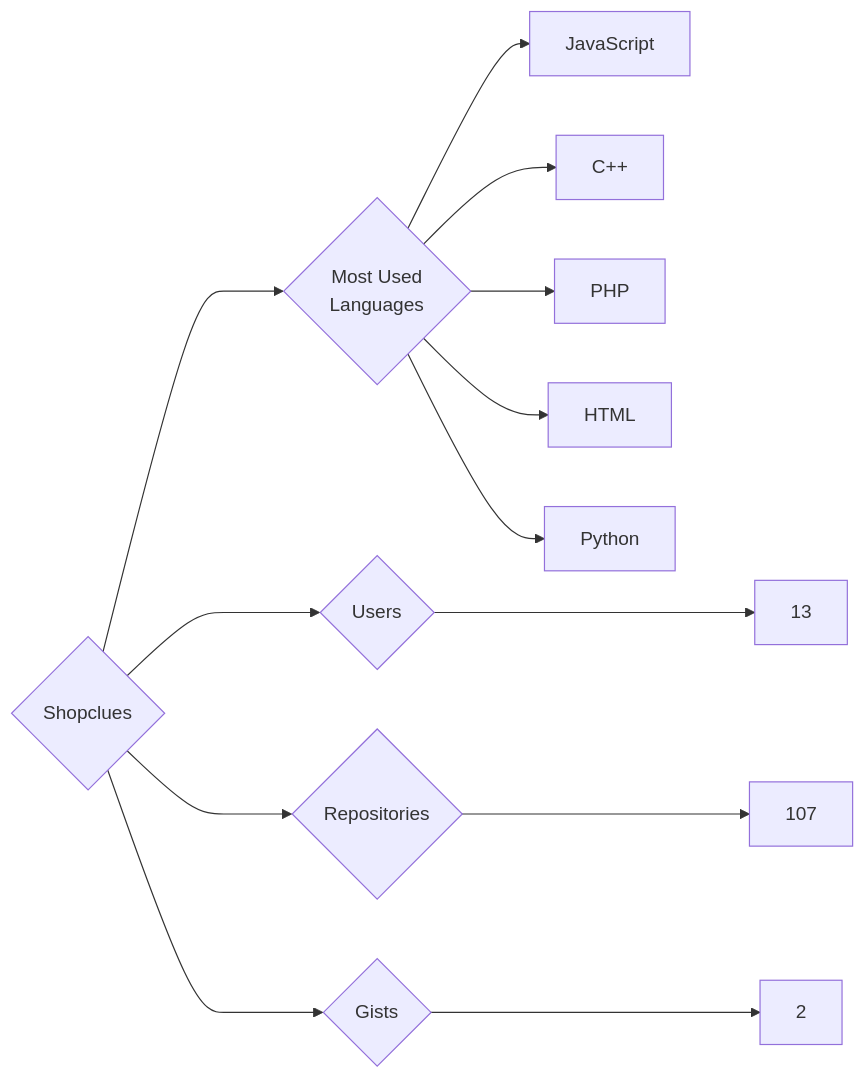
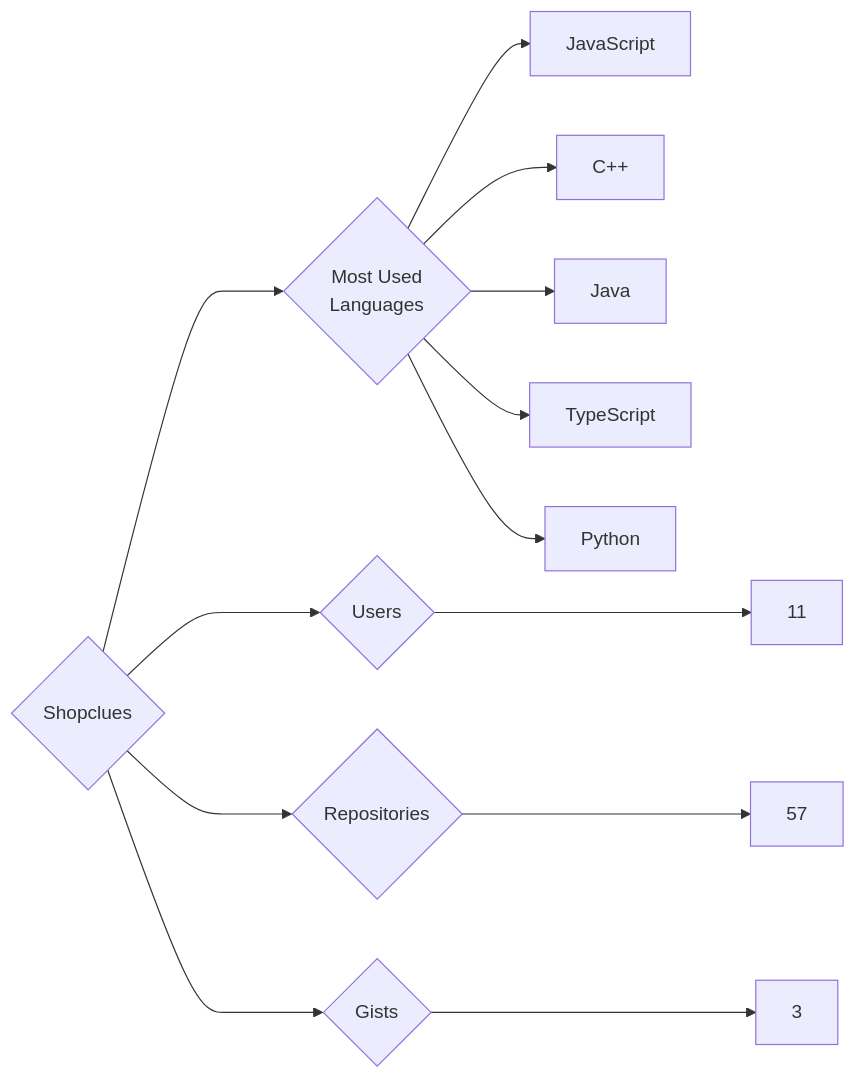
One commit to trickest/insiders changed the diagram in targets/Shopclues/README.md. Above: the diagram before and after it, drawn with Mermaid. The commit also changed 787 other files, not shown here.

````diff
--- a/targets/Shopclues/README.md
+++ b/targets/Shopclues/README.md
@@ -3,13 +3,13 @@
 ```mermaid
 graph LR
 COMPANY_NAME{Shopclues}
-COMPANY_NAME ---> U{Users} ---> UN[13]
-COMPANY_NAME ---> R{Repositories} ---> RN[107]
-COMPANY_NAME ---> G{Gists} ---> GN[2]
+COMPANY_NAME ---> U{Users} ---> UN[11]
+COMPANY_NAME ---> R{Repositories} ---> RN[57]
+COMPANY_NAME ---> G{Gists} ---> GN[3]
 COMPANY_NAME ---> ML{Most Used<br>Languages}
 ML --> JavaScript[JavaScript]
 ML --> C++[C++]
-ML --> PHP[PHP]
-ML --> HTML[HTML]
+ML --> Java[Java]
+ML --> TypeScript[TypeScript]
 ML --> Python[Python]
 ```
````
